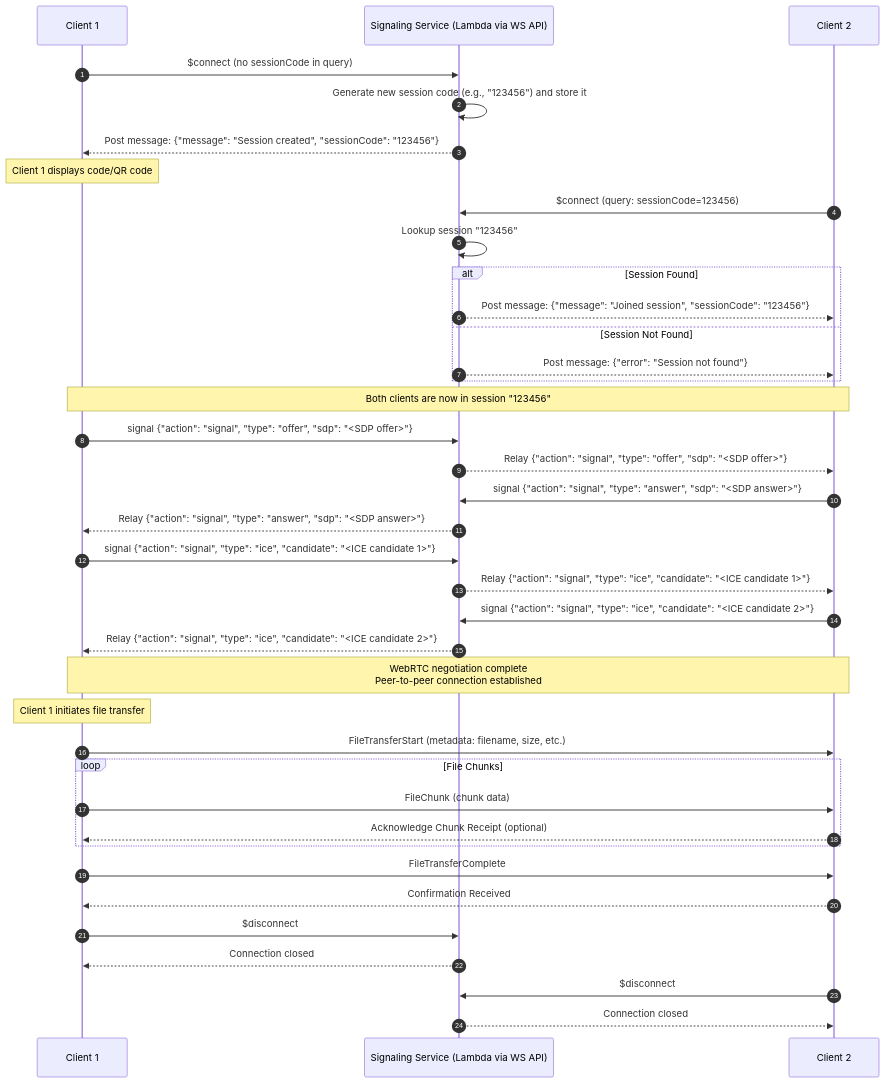
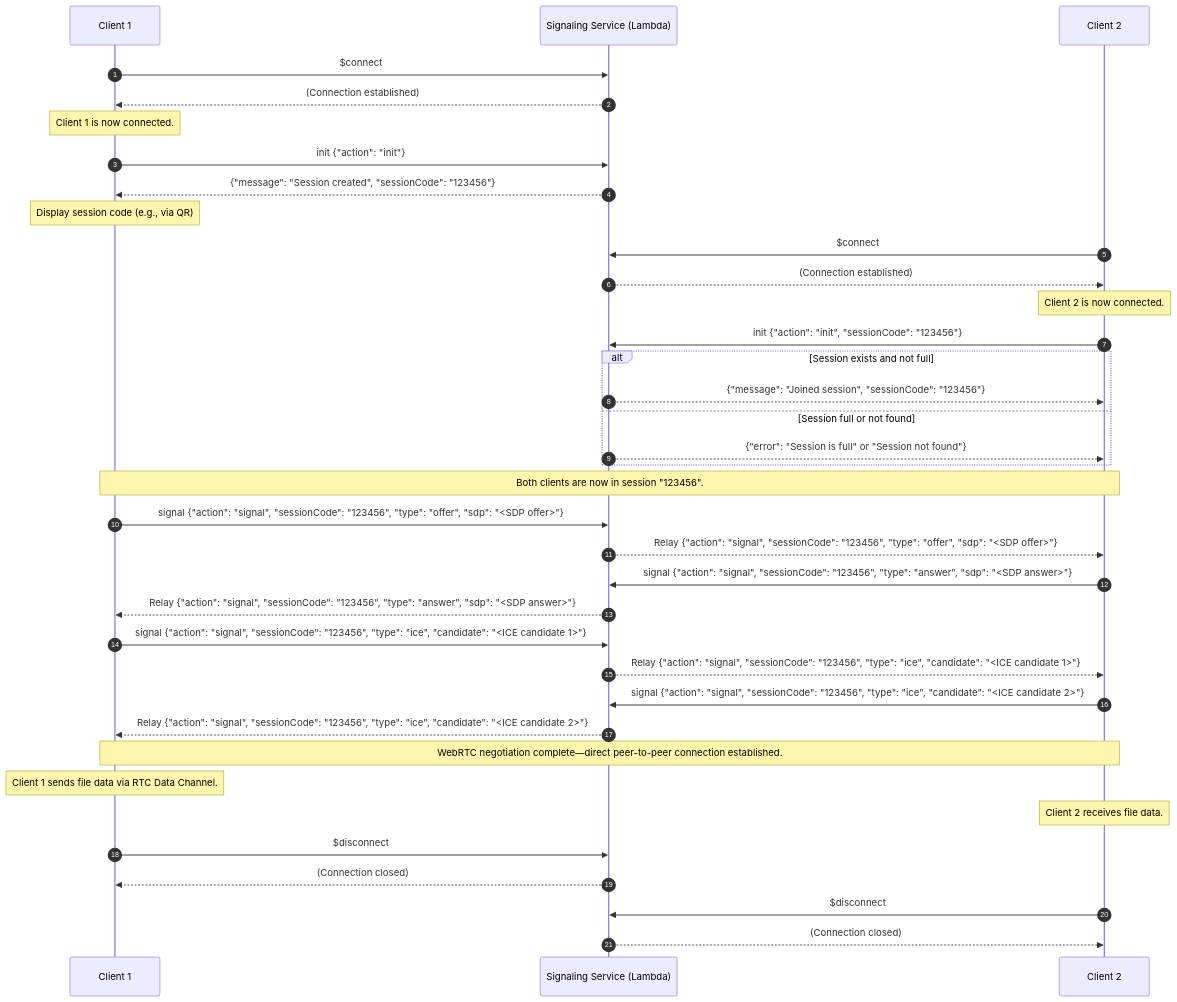
Before and after one commit to afisch710/quick-relay: the diagram in services/signaling/README.md, drawn with Mermaid. The commit also changed other lines of this file, not shown here.

Commit message:
Create a README for the signaling service, inclduing a Mermaid sequence diagram. (#66)

````diff
--- a/services/signaling/README.md
+++ b/services/signaling/README.md
@@ -1,49 +26,52 @@
 ```mermaid
 sequenceDiagram
     autonumber
     participant C1 as Client 1
-    participant S as Signaling Service (Lambda via WS API)
+    participant S as Signaling Service (Lambda)
     participant C2 as Client 2
 
-    %% Connection Phase
-    C1->>S: $connect (no sessionCode in query)
-    S->>S: Generate new session code (e.g., "123456") and store it
-    S-->>C1: Post message: {"message": "Session created", "sessionCode": "123456"}
-    note over C1: Client 1 displays code/QR code
+    %% Connection Establishment
+    C1->>S: $connect
+    S-->>C1: (Connection established)
+    note over C1: Client 1 is now connected.
 
-    C2->>S: $connect (query: sessionCode=123456)
-    S->>S: Lookup session "123456"
-    alt Session Found
-        S-->>C2: Post message: {"message": "Joined session", "sessionCode": "123456"}
-    else Session Not Found
-        S-->>C2: Post message: {"error": "Session not found"}
+    %% Session Creation
+    C1->>S: init {"action": "init"}
+    S-->>C1: {"message": "Session created", "sessionCode": "123456"}
+    note over C1: Display session code (e.g., via QR)
+
+    %% Connection Establishment for Client 2
+    C2->>S: $connect
+    S-->>C2: (Connection established)
+    note over C2: Client 2 is now connected.
+
+    %% Session Joining
+    C2->>S: init {"action": "init", "sessionCode": "123456"}
+    alt Session exists and not full
+        S-->>C2: {"message": "Joined session", "sessionCode": "123456"}
+    else Session full or not found
+        S-->>C2: {"error": "Session is full" or "Session not found"}
     end
-    note over C1,C2: Both clients are now in session "123456"
+    note over C1,C2: Both clients are now in session "123456".
 
     %% WebRTC Signaling Phase
-    C1->>S: signal {"action": "signal", "type": "offer", "sdp": "<SDP offer>"}
-    S-->>C2: Relay {"action": "signal", "type": "offer", "sdp": "<SDP offer>"}
-    C2->>S: signal {"action": "signal", "type": "answer", "sdp": "<SDP answer>"}
-    S-->>C1: Relay {"action": "signal", "type": "answer", "sdp": "<SDP answer>"}
-    C1->>S: signal {"action": "signal", "type": "ice", "candidate": "<ICE candidate 1>"}
-    S-->>C2: Relay {"action": "signal", "type": "ice", "candidate": "<ICE candidate 1>"}
-    C2->>S: signal {"action": "signal", "type": "ice", "candidate": "<ICE candidate 2>"}
-    S-->>C1: Relay {"action": "signal", "type": "ice", "candidate": "<ICE candidate 2>"}
-    note over C1,C2: WebRTC negotiation complete<br>Peer-to-peer connection established
+    C1->>S: signal {"action": "signal", "sessionCode": "123456", "type": "offer", "sdp": "<SDP offer>"}
+    S-->>C2: Relay {"action": "signal", "sessionCode": "123456", "type": "offer", "sdp": "<SDP offer>"}
+    C2->>S: signal {"action": "signal", "sessionCode": "123456", "type": "answer", "sdp": "<SDP answer>"}
+    S-->>C1: Relay {"action": "signal", "sessionCode": "123456", "type": "answer", "sdp": "<SDP answer>"}
+    C1->>S: signal {"action": "signal", "sessionCode": "123456", "type": "ice", "candidate": "<ICE candidate 1>"}
+    S-->>C2: Relay {"action": "signal", "sessionCode": "123456", "type": "ice", "candidate": "<ICE candidate 1>"}
+    C2->>S: signal {"action": "signal", "sessionCode": "123456", "type": "ice", "candidate": "<ICE candidate 2>"}
+    S-->>C1: Relay {"action": "signal", "sessionCode": "123456", "type": "ice", "candidate": "<ICE candidate 2>"}
+    note over C1,C2: WebRTC negotiation complete—direct peer-to-peer connection established.
 
-    %% File Transfer Phase over WebRTC Data Channel
-    note over C1: Client 1 initiates file transfer
-    C1->>C2: FileTransferStart (metadata: filename, size, etc.)
-    loop File Chunks
-      C1->>C2: FileChunk (chunk data)
-      C2-->>C1: Acknowledge Chunk Receipt (optional)
-    end
-    C1->>C2: FileTransferComplete
-    C2-->>C1: Confirmation Received
+    %% (Optional) File Transfer Phase
+    note over C1: Client 1 sends file data via RTC Data Channel.
+    note over C2: Client 2 receives file data.
 
     %% Disconnection Phase
     C1->>S: $disconnect
-    S-->>C1: Connection closed
+    S-->>C1: (Connection closed)
     C2->>S: $disconnect
-    S-->>C2: Connection closed
+    S-->>C2: (Connection closed)
 ```
````
